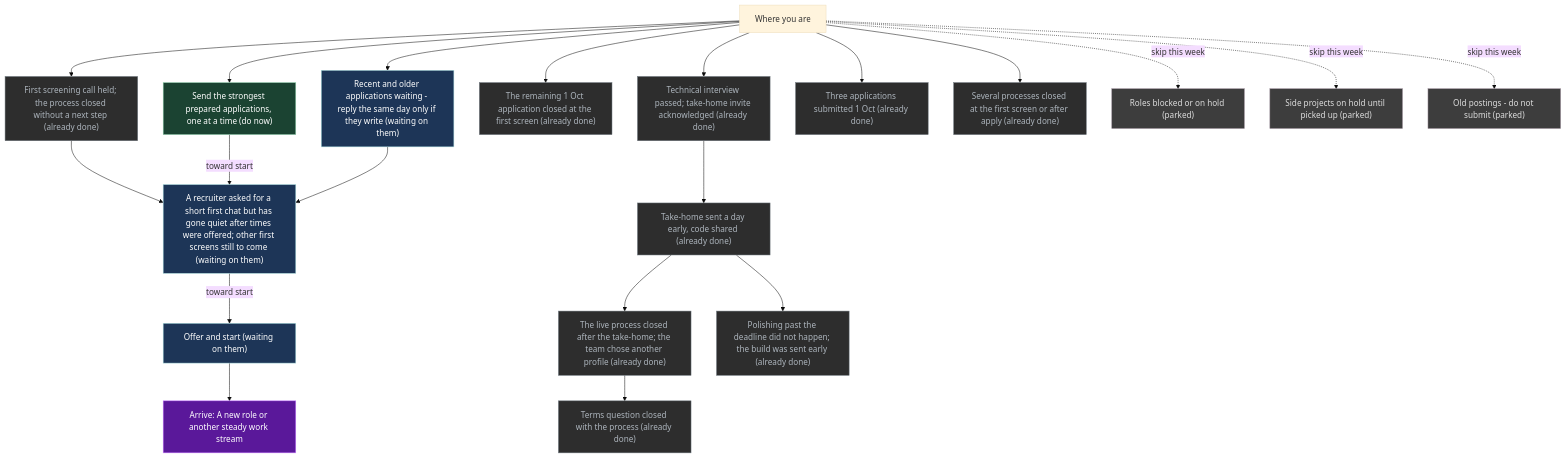
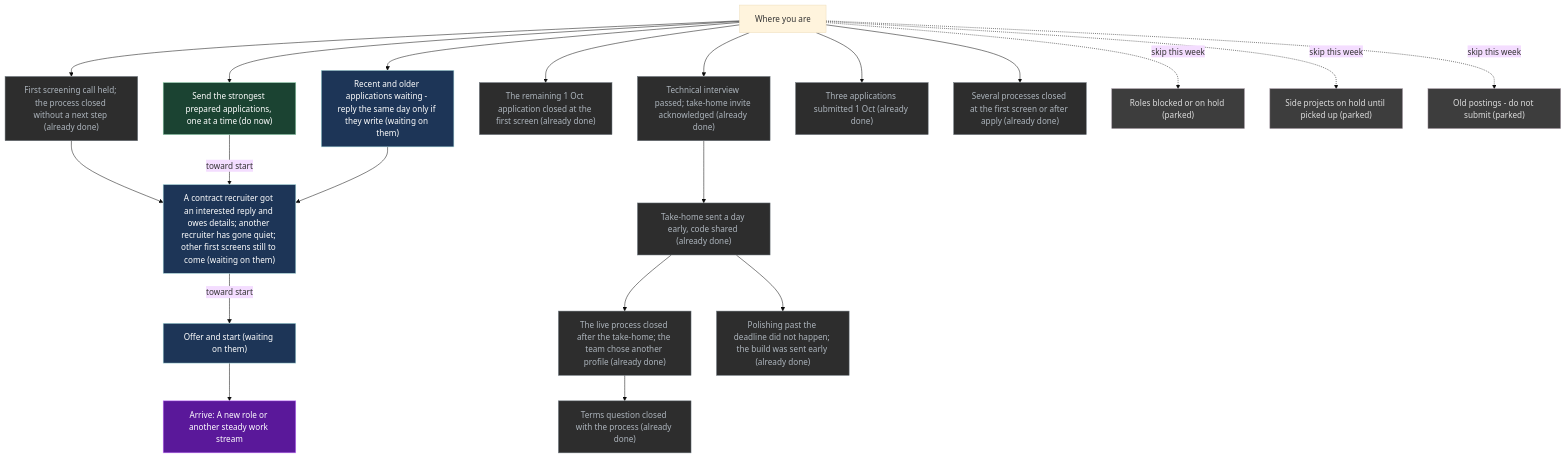
One commit to p10ns11y/life-os changed the diagram in UI/Mission.md. Above: the diagram before and after it, drawn with Mermaid (base theme). The commit also changed other lines of this file, not shown here.

````diff
--- a/UI/Mission.md
+++ b/UI/Mission.md
@@ -71,50 +71,50 @@
 ```mermaid
 flowchart TB
   x["Where you are"]
   G["Arrive: A new role or another steady work stream"]
   S9["First screening call held; the process closed without a next step (already done)"]
   S0["Technical interview passed; take-home invite acknowledged (already done)"]
   S4["Take-home sent a day early, code shared (already done)"]
   S4b["The live process closed after the take-home; the team chose another profile (already done)"]
   S7["Send the strongest prepared applications, one at a time (do now)"]
-  S8["A recruiter asked for a short first chat but has gone quiet after times were offered; other first screens still to come (waiting on them)"]
+  S8["A contract recruiter got an interested reply and owes details; another recruiter has gone quiet; other first screens still to come (waiting on them)"]
   S5["Offer and start (waiting on them)"]
   S6["The remaining 1 Oct application closed at the first screen (already done)"]
   S1["Recent and older applications waiting - reply the same day only if they write (waiting on them)"]
   R1["Terms question closed with the process (already done)"]
   R2["Polishing past the deadline did not happen; the build was sent early (already done)"]
   S3["Three applications submitted 1 Oct (already done)"]
   D1["Several processes closed at the first screen or after apply (already done)"]
   P1["Roles blocked or on hold (parked)"]
   P2["Side projects on hold until picked up (parked)"]
   P3["Old postings - do not submit (parked)"]
   x --> S9
   x --> S0
   S0 --> S4
   S4 --> S4b
   x --> S7
   S9 --> S8
   S7 -->|"toward start"| S8
   S1 --> S8
   S8 -->|"toward start"| S5
   x --> S6
   x --> S1
   S4b --> R1
   S4 --> R2
   x --> S3
   x --> D1
   x -.->|"skip this week"| P1
   x -.->|"skip this week"| P2
   x -.->|"skip this week"| P3
   S5 --> G
   classDef do fill:#1b4332,stroke:#95d5b2,color:#fff
   classDef wait fill:#1d3557,stroke:#a8dadc,color:#fff
   classDef park fill:#3d3d3d,stroke:#9a8c98,color:#ddd
   classDef done fill:#2d2d2d,stroke:#6c757d,color:#adb5bd
   classDef goal fill:#5a189a,stroke:#c77dff,color:#fff
   class G goal
   class S7 do
   class S8,S5,S1 wait
   class P1,P2,P3 park
   class S9,S0,S4,S4b,S6,R1,R2,S3,D1 done
 ```
````
